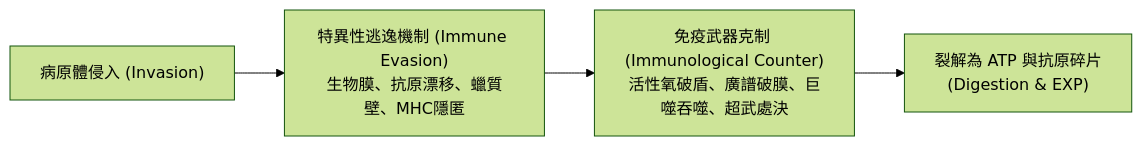
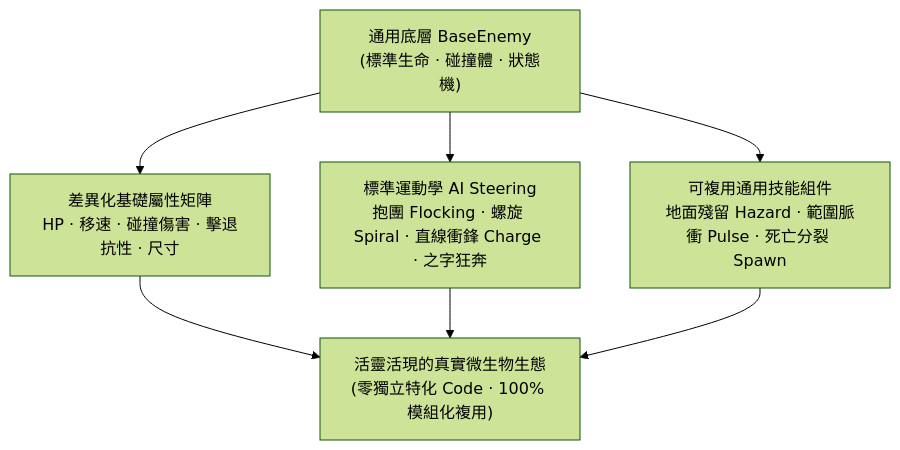
Before and after one commit to skyrocket-qy/Phagocyte: the diagram in docs/pathogen.md, drawn with Mermaid (forest theme). The commit also changed other lines of this file and 2 other files, not shown here.

````diff
--- a/docs/pathogen.md
+++ b/docs/pathogen.md
@@ -9,6 +26,7 @@
 ```mermaid
-flowchart LR
-    A["病原體侵入 (Invasion)"] --> B["特異性逃逸機制 (Immune Evasion)<br>生物膜、抗原漂移、蠟質壁、MHC隱匿"]
-    B --> C["免疫武器克制 (Immunological Counter)<br>活性氧破盾、廣譜破膜、巨噬吞噬、超武處決"]
-    C --> D["裂解為 ATP 與抗原碎片<br>(Digestion & EXP)"]
+flowchart TD
+    A["通用底層 BaseEnemy<br>(標準生命 · 碰撞體 · 狀態機)"] --> B["差異化基礎屬性矩陣<br>HP · 移速 · 碰撞傷害 · 擊退抗性 · 尺寸"]
+    A --> C["標準運動學 AI Steering<br>抱團 Flocking · 螺旋 Spiral · 直線衝鋒 Charge · 之字狂奔"]
+    A --> D["可複用通用技能組件<br>地面殘留 Hazard · 範圍脈衝 Pulse · 死亡分裂 Spawn"]
+    B & C & D --> E["活靈活現的真實微生物生態<br>(零獨立特化 Code · 100% 模組化複用)"]
 ```
````
